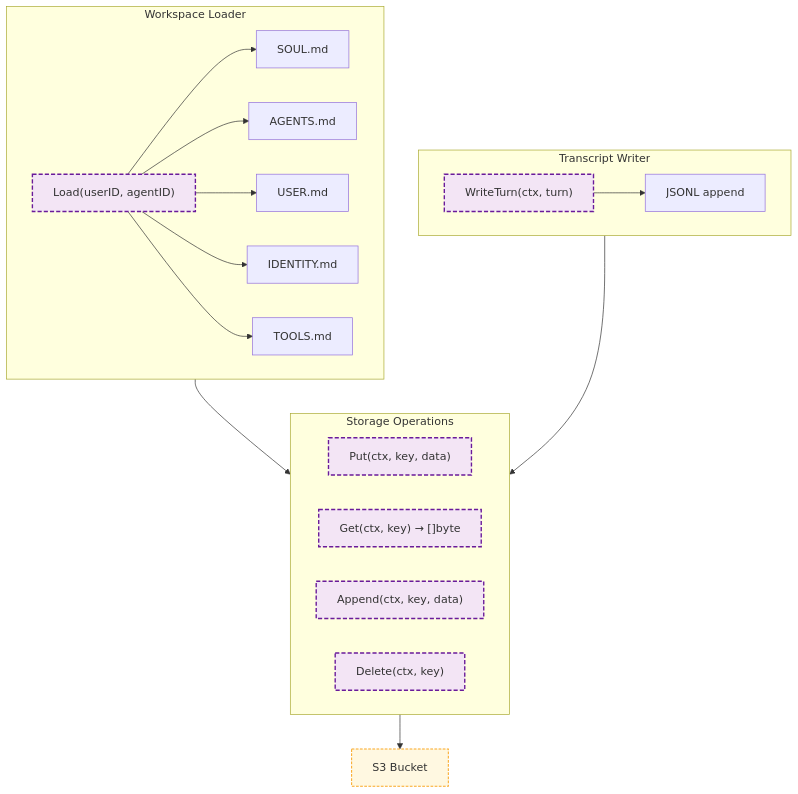
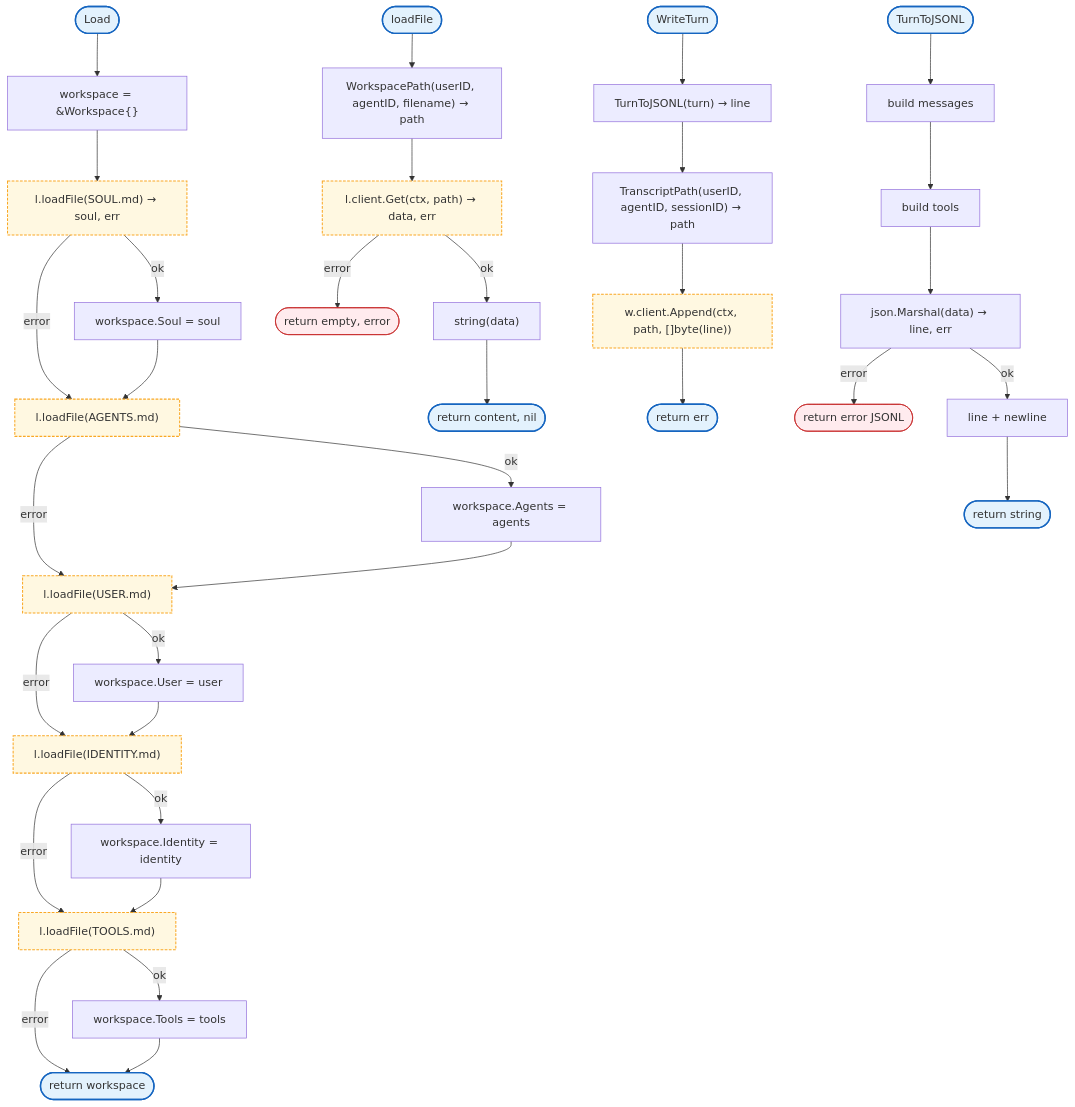
Before and after one commit to radch-ai/ava: the diagram in docs/internal/storage/README.md, drawn with Mermaid. The commit also changed other lines of this file and 24 other files, not shown here.

````diff
--- a/docs/internal/storage/README.md
+++ b/docs/internal/storage/README.md
@@ -7,36 +7,54 @@
 ```mermaid
 flowchart TB
-    subgraph Storage ["Storage Operations"]
-        Put["Put(ctx, key, data)"]
-        Get["Get(ctx, key) → []byte"]
-        Append["Append(ctx, key, data)"]
-        Delete["Delete(ctx, key)"]
-    end
+    StartLoad([Load]) --> NewWorkspace["workspace = &Workspace{}"]
+    NewWorkspace --> LoadSoul["l.loadFile(SOUL.md) → soul, err"]
+    LoadSoul -->|error| LoadAgents["l.loadFile(AGENTS.md)"]
+    LoadSoul -->|ok| SetSoul["workspace.Soul = soul"]
+    SetSoul --> LoadAgents
+    LoadAgents -->|error| LoadUser["l.loadFile(USER.md)"]
+    LoadAgents -->|ok| SetAgents["workspace.Agents = agents"]
+    SetAgents --> LoadUser
+    LoadUser -->|error| LoadIdentity["l.loadFile(IDENTITY.md)"]
+    LoadUser -->|ok| SetUser["workspace.User = user"]
+    SetUser --> LoadIdentity
+    LoadIdentity -->|error| LoadTools["l.loadFile(TOOLS.md)"]
+    LoadIdentity -->|ok| SetIdentity["workspace.Identity = identity"]
+    SetIdentity --> LoadTools
+    LoadTools -->|error| DoneLoad(["return workspace"])
+    LoadTools -->|ok| SetTools["workspace.Tools = tools"]
+    SetTools --> DoneLoad
 
-    subgraph Workspace ["Workspace Loader"]
-        LoadFiles["Load(userID, agentID)"]
-        SOUL["SOUL.md"]
-        AGENTS["AGENTS.md"]
-        USER["USER.md"]
-        IDENTITY["IDENTITY.md"]
-        TOOLS["TOOLS.md"]
-        LoadFiles --> SOUL & AGENTS & USER & IDENTITY & TOOLS
-    end
+    StartLoadFile([loadFile]) --> BuildPath["WorkspacePath(userID, agentID, filename) → path"]
+    BuildPath --> GetFile["l.client.Get(ctx, path) → data, err"]
+    GetFile -->|error| ErrFile(["return empty, error"])
+    GetFile -->|ok| ToString["string(data)"]
+    ToString --> DoneFile(["return content, nil"])
 
-    subgraph Transcript ["Transcript Writer"]
-        WriteTurn["WriteTurn(ctx, turn)"]
-        JSONL["JSONL append"]
-        WriteTurn --> JSONL
-    end
+    StartWriteTurn([WriteTurn]) --> TurnToJSONL["TurnToJSONL(turn) → line"]
+    TurnToJSONL --> BuildPath2["TranscriptPath(userID, agentID, sessionID) → path"]
+    BuildPath2 --> Append["w.client.Append(ctx, path, []byte(line))"]
+    Append --> DoneWrite(["return err"])
 
-    Storage --> S3["S3 Bucket"]
-    Workspace --> Storage
-    Transcript --> Storage
+    StartTurnToJSONL([TurnToJSONL]) --> BuildMessages["build messages"]
+    BuildMessages --> BuildTools["build tools"]
+    BuildTools --> Marshal["json.Marshal(data) → line, err"]
+    Marshal -->|error| ErrMarshal(["return error JSONL"])
+    Marshal -->|ok| AddNewline["line + newline"]
+    AddNewline --> DoneJSONL(["return string"])
+
+    click LoadSoul href "#Storage"
+    click LoadAgents href "#Storage"
+    click LoadUser href "#Storage"
+    click LoadIdentity href "#Storage"
+    click LoadTools href "#Storage"
+    click GetFile href "#Storage"
+    click Append href "#Storage"
 
     classDef mainFn fill:#e3f2fd,stroke:#1565c0,stroke-width:2px
-    classDef internalFn fill:#f3e5f5,stroke:#6a1b9a,stroke-width:2px,stroke-dasharray:6 3
     classDef localPkgs fill:#fff8e1,stroke:#f9a825,stroke-width:1.5px,stroke-dasharray:4 2
+    classDef errorFlow fill:#ffebee,stroke:#c62828,stroke-width:1px
 
-    class Put,Get,Append,Delete,LoadFiles,WriteTurn internalFn
-    class S3 localPkgs
+    class StartLoad,DoneLoad,StartLoadFile,DoneFile,StartWriteTurn,DoneWrite,StartTurnToJSONL,DoneJSONL mainFn
+    class LoadSoul,LoadAgents,LoadUser,LoadIdentity,LoadTools,GetFile,Append localPkgs
+    class ErrFile,ErrMarshal errorFlow
 ```
````
